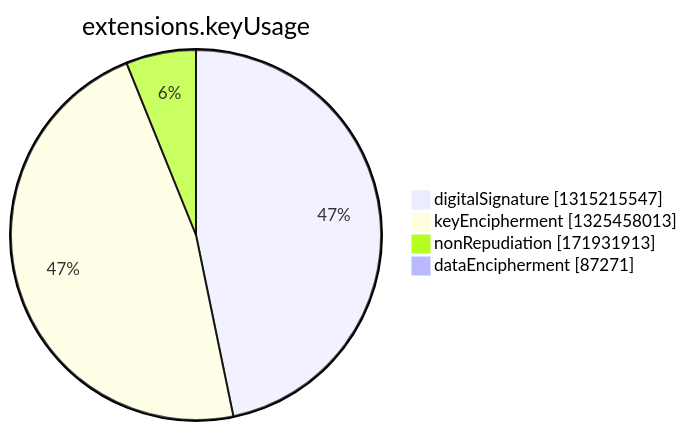
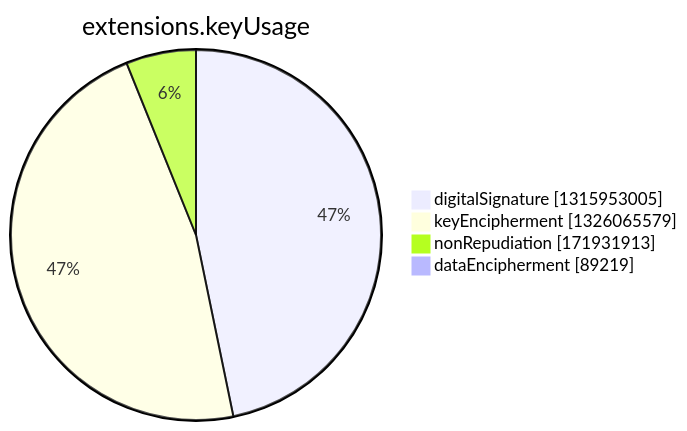
The seventh of 15 diagrams in argon2022/README.md (christiankrug/ctmonitor_visualization), drawn with Mermaid before and after one commit. The commit also changed other lines of this file, not shown here.

````diff
--- a/argon2022/README.md
+++ b/argon2022/README.md
@@ -2750,8 +2750,8 @@
 ```mermaid
 pie showData
 title extensions.keyUsage
-"digitalSignature" :1315215547
-"keyEncipherment" :1325458013
+"digitalSignature" :1315953005
+"keyEncipherment" :1326065579
 "nonRepudiation" :171931913
-"dataEncipherment" :87271
+"dataEncipherment" :89219
 ```
````
